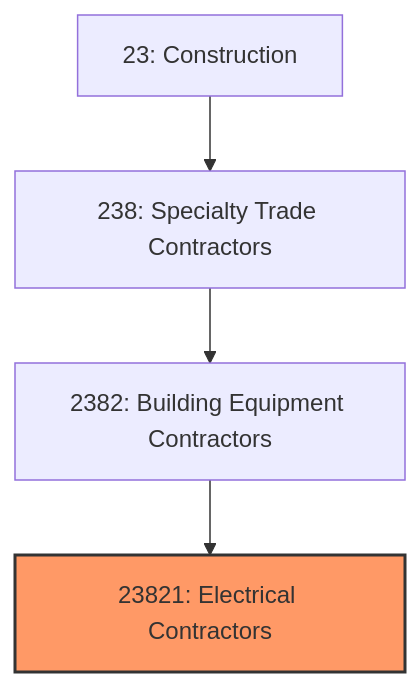
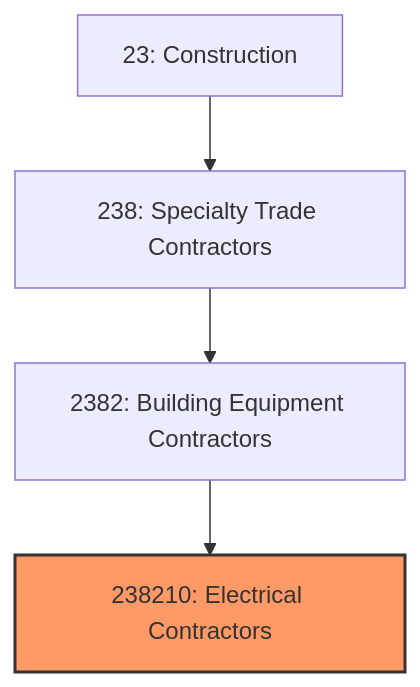
The first of 3 diagrams in industries/Construction/SpecialtyTradeContractors/BuildingEquipmentContractors/ElectricalContractors.mdx (kziemski/business.org.ai), drawn with Mermaid before and after one commit. The commit also changed other lines of this file and 20 other files, not shown here.

````diff
--- a/industries/Construction/SpecialtyTradeContractors/BuildingEquipmentContractors/ElectricalContractors.mdx
+++ b/industries/Construction/SpecialtyTradeContractors/BuildingEquipmentContractors/ElectricalContractors.mdx
@@ -20,8 +36,8 @@
 ```mermaid
 graph TD
     S23["23: Construction"]
     S23 --> N238["238: Specialty Trade Contractors"]
     N238 --> N2382["2382: Building Equipment Contractors"]
-    N2382 --> N23821["23821: Electrical Contractors"]
-    style N23821 fill:#f96,stroke:#333,stroke-width:2px
+    N2382 --> N238210["238210: Electrical Contractors"]
+    style N238210 fill:#f96,stroke:#333,stroke-width:2px
 ```
````
